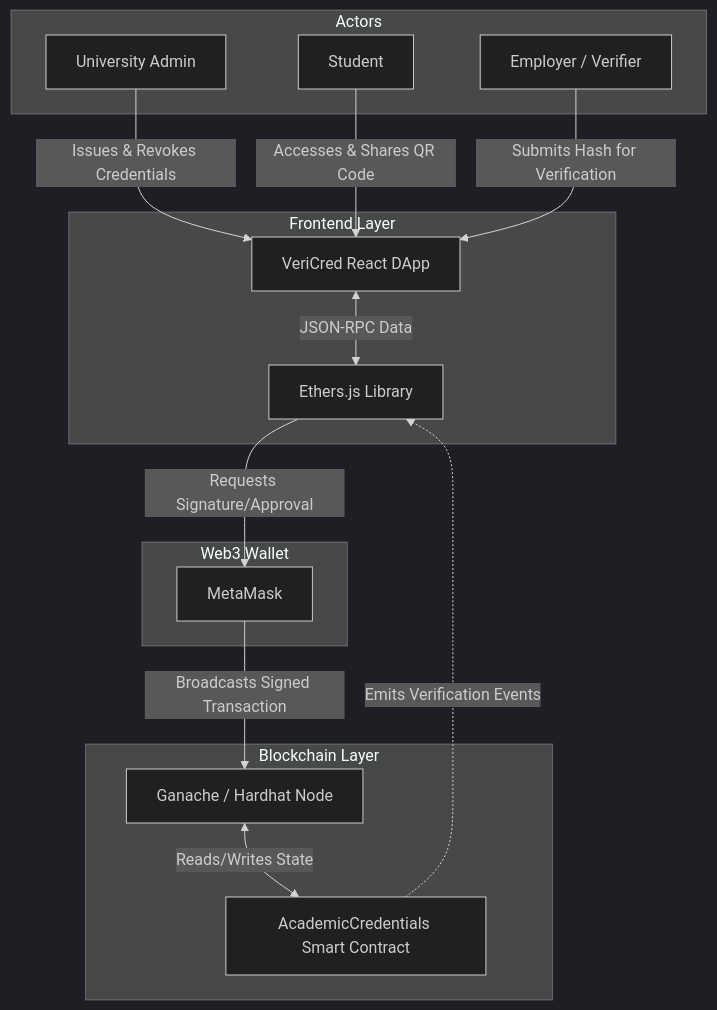
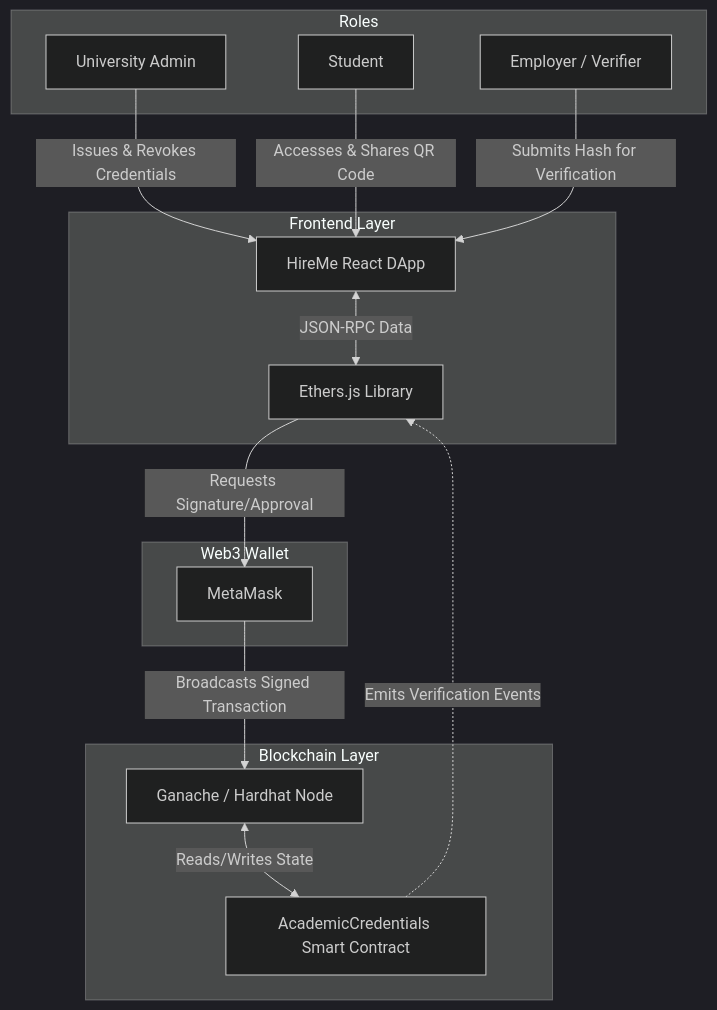
The diagram in README.md (harinks/ACADEMIC-CREDENTIALS-DAPP), drawn with Mermaid (dark theme) before and after one commit. The commit also changed other lines of this file, not shown here.

Commit message:
Revise architecture diagram and frontend description
Updated project name in architecture diagram and enhanced frontend application description.

````diff
--- a/README.md
+++ b/README.md
@@ -20,32 +20,32 @@
 ```mermaid
 graph TD;
-    subgraph Actors
+    subgraph Roles
         A[University Admin]
         B[Student]
         C[Employer / Verifier]
     end
 
     subgraph Frontend Layer
-        UI[VeriCred React DApp]
+        UI[HireMe React DApp]
         WEB3[Ethers.js Library]
     end
 
     subgraph Web3 Wallet
         MM[MetaMask]
     end
 
     subgraph Blockchain Layer
         NODE[Ganache / Hardhat Node]
         SC[AcademicCredentials Smart Contract]
     end
 
     A -->|Issues & Revokes Credentials| UI
     B -->|Accesses & Shares QR Code| UI
     C -->|Submits Hash for Verification| UI
 
     UI <-->|JSON-RPC Data| WEB3
     WEB3 -->|Requests Signature/Approval| MM
     MM -->|Broadcasts Signed Transaction| NODE
     NODE <-->|Reads/Writes State| SC
     SC -.->|Emits Verification Events| WEB3
 ```
````
